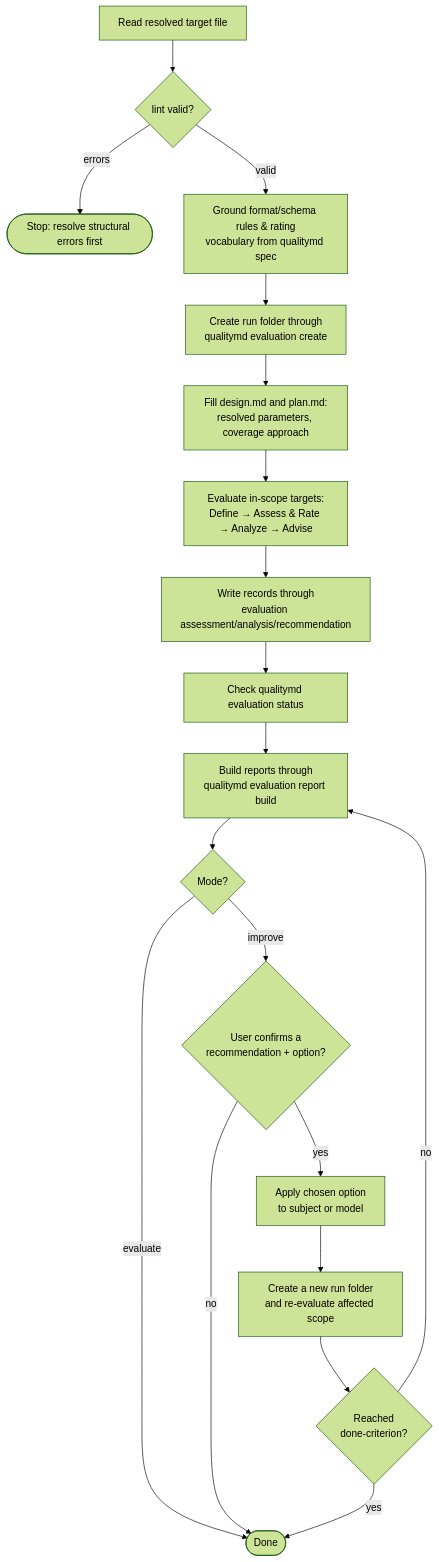
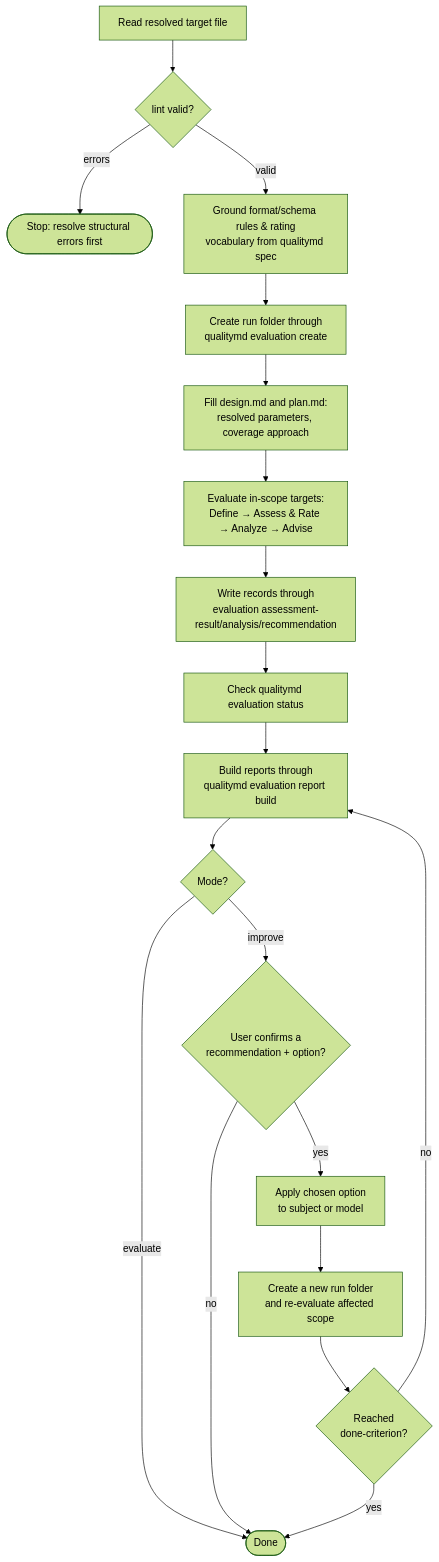
Before and after one commit to qualitymd/quality.md: the diagram in specs/skills/quality-skill/quality-skill.md, drawn with Mermaid (forest theme). The commit also changed other lines of this file and 64 other files, not shown here.

````diff
--- a/specs/skills/quality-skill/quality-skill.md
+++ b/specs/skills/quality-skill/quality-skill.md
@@ -497,21 +513,21 @@
 ```mermaid
 flowchart TD
     Read[Read resolved target file] --> Lint{lint valid?}
     Lint -->|errors| Stop([Stop: resolve structural errors first])
     Lint -->|valid| Ground[Ground format/schema rules &amp; rating<br/>vocabulary from qualitymd spec]
     Ground --> Run[Create run folder through<br/>qualitymd evaluation create]
     Run --> Plan[Fill design.md and plan.md:<br/>resolved parameters, coverage approach]
     Plan --> Eval[Evaluate in-scope targets:<br/>Define → Assess &amp; Rate → Analyze → Advise]
-    Eval --> Records[Write records through<br/>evaluation assessment/analysis/recommendation]
+    Eval --> Records[Write records through<br/>evaluation assessment-result/analysis/recommendation]
     Records --> Status[Check qualitymd evaluation status]
     Status --> Report[Build reports through<br/>qualitymd evaluation report build]
     Report --> Mode{Mode?}
     Mode -->|evaluate| Done([Done])
     Mode -->|improve| Confirm{User confirms a<br/>recommendation + option?}
     Confirm -->|no| Done
     Confirm -->|yes| Apply[Apply chosen option<br/>to subject or model]
     Apply --> ReEval[Create a new run folder<br/>and re-evaluate affected scope]
     ReEval --> Criterion{Reached<br/>done-criterion?}
     Criterion -->|yes| Done
     Criterion -->|no| Report
 ```
````
